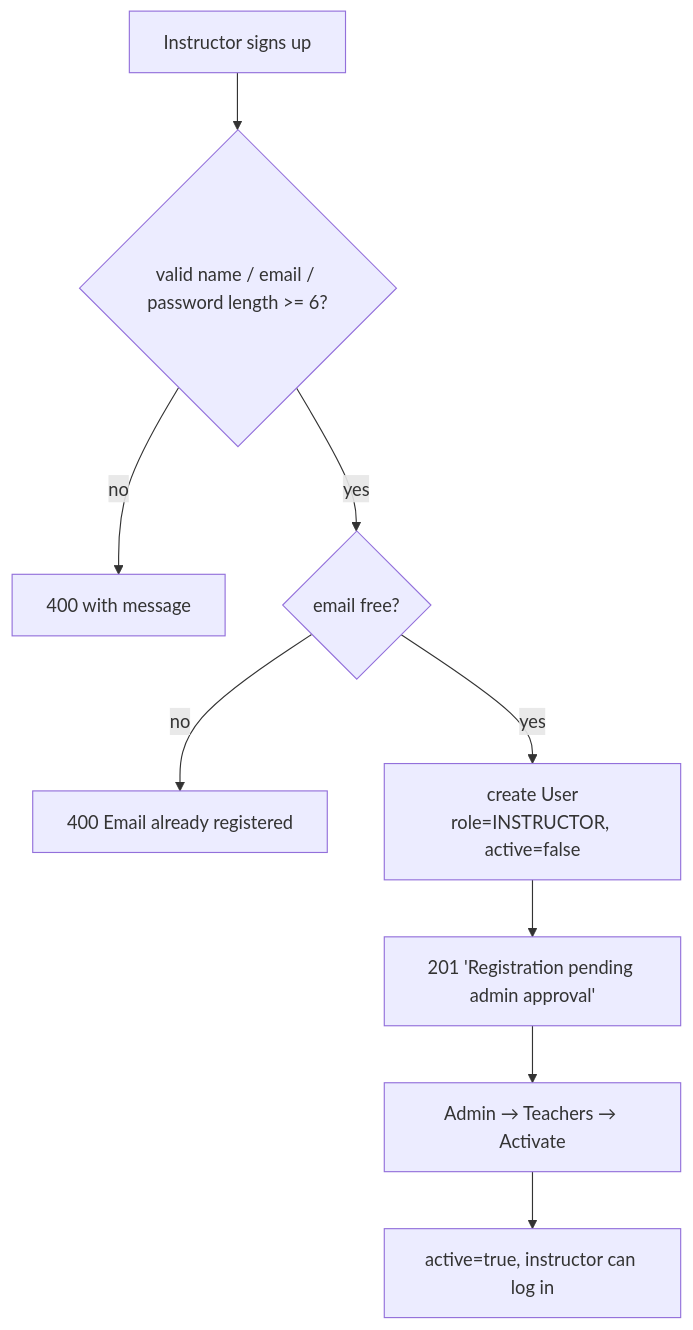
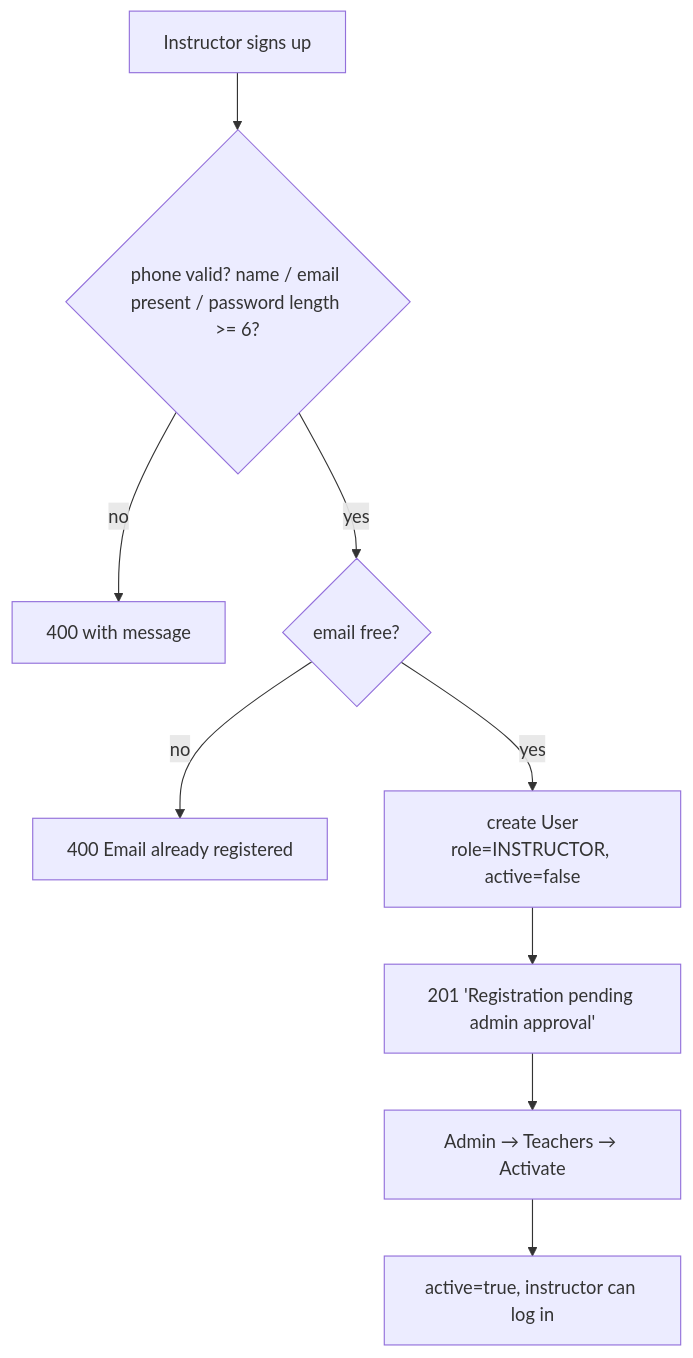
The second of 13 diagrams in docs/02-Workflows/WORKFLOWS.md (RohitDhobi/AI-Smart-LMS-Project-), drawn with Mermaid before and after one commit. The commit also changed other lines of this file, not shown here.

````diff
--- a/docs/02-Workflows/WORKFLOWS.md
+++ b/docs/02-Workflows/WORKFLOWS.md
@@ -71,11 +77,11 @@
 ```mermaid
 flowchart TD
-    A[Instructor signs up] --> B{"valid name / email / password length >= 6?"}
+    A[Instructor signs up] --> B{"phone valid? name / email present / password length >= 6?"}
     B -->|no| C[400 with message]
     B -->|yes| D{email free?}
     D -->|no| E[400 Email already registered]
     D -->|yes| F["create User<br/>role=INSTRUCTOR, active=false"]
     F --> G[201 'Registration pending admin approval']
     G --> H[Admin → Teachers → Activate]
     H --> I[active=true, instructor can log in]
 ```
````
